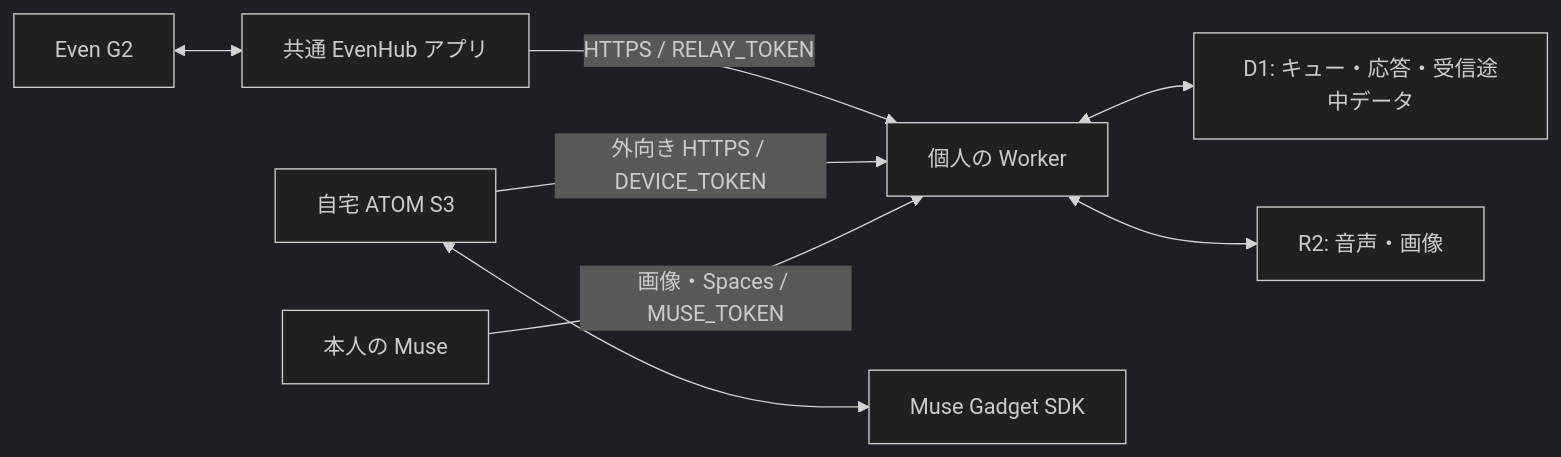
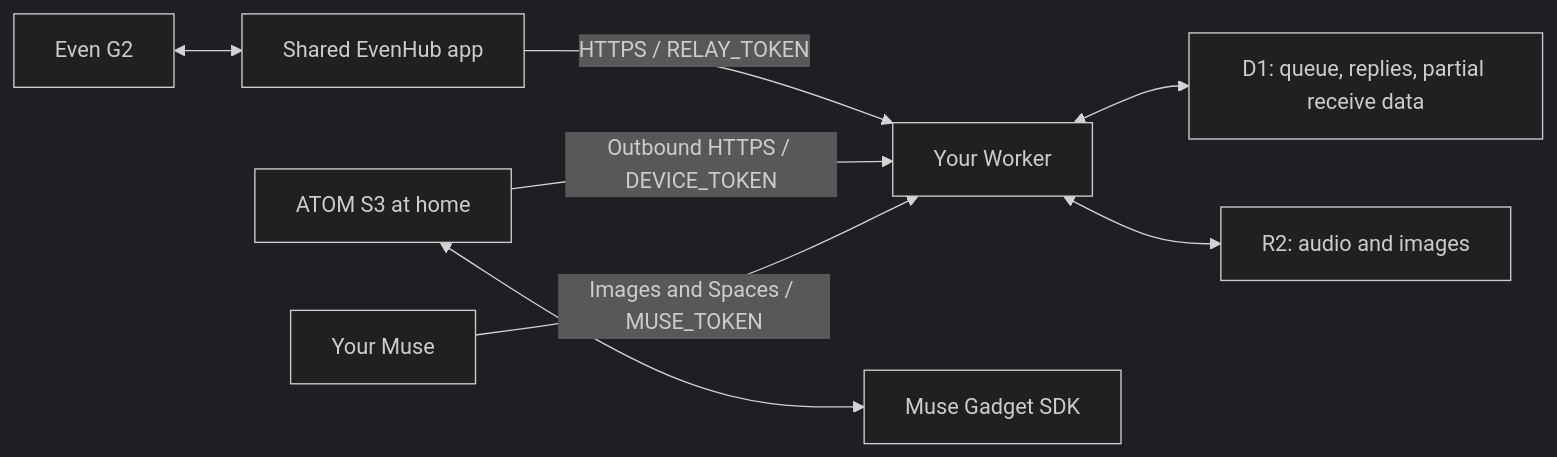
Before and after one commit to 3mintimer/muse-relay: the first of 2 diagrams in server/cloudflare/README.md, drawn with Mermaid (dark theme). The commit also changed other lines of this file and 49 other files, not shown here.

````diff
--- a/server/cloudflare/README.md
+++ b/server/cloudflare/README.md
@@ -5,10 +7,10 @@
 ```mermaid
 flowchart LR
-  G2["Even G2"] <--> Phone["共通 EvenHub アプリ"]
-  Phone -->|"HTTPS / RELAY_TOKEN"| Worker["個人の Worker"]
-  ATOM["自宅 ATOM S3"] -->|"外向き HTTPS / DEVICE_TOKEN"| Worker
+  G2["Even G2"] <--> Phone["Shared EvenHub app"]
+  Phone -->|"HTTPS / RELAY_TOKEN"| Worker["Your Worker"]
+  ATOM["ATOM S3 at home"] -->|"Outbound HTTPS / DEVICE_TOKEN"| Worker
   ATOM <--> SDK["Muse Gadget SDK"]
-  Muse["本人の Muse"] -->|"画像・Spaces / MUSE_TOKEN"| Worker
-  Worker <--> D1["D1: キュー・応答・受信途中データ"]
-  Worker <--> R2["R2: 音声・画像"]
+  Muse["Your Muse"] -->|"Images and Spaces / MUSE_TOKEN"| Worker
+  Worker <--> D1["D1: queue, replies, partial receive data"]
+  Worker <--> R2["R2: audio and images"]
 ```
````
